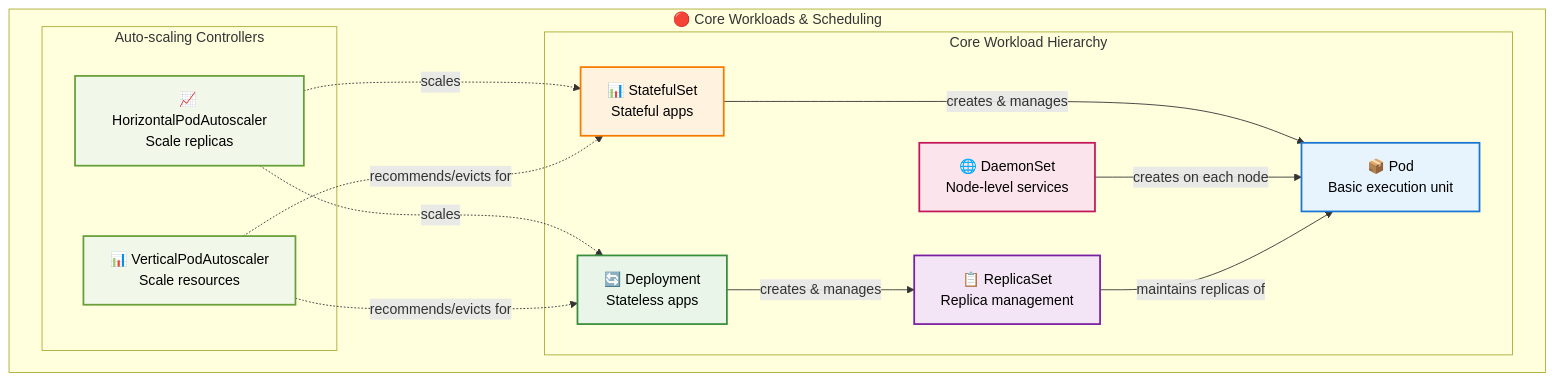
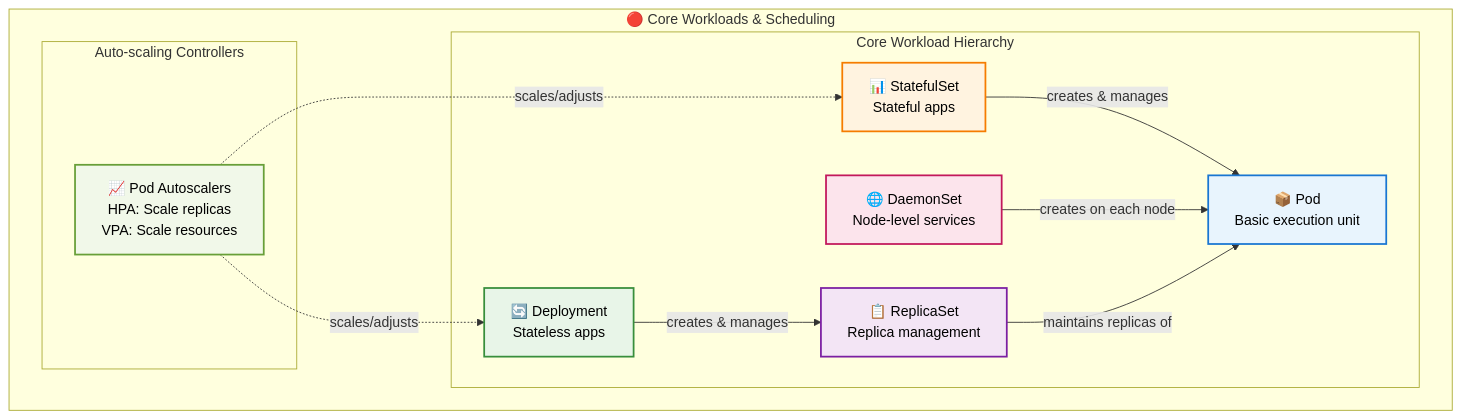
One commit to razkevich/system_design_course changed the first of 8 diagrams in 1.4_distributed_systems/kubernetes_developer_guide.md. Above: the diagram before and after it, drawn with Mermaid. The commit also changed other lines of this file, not shown here.

````diff
--- a/1.4_distributed_systems/kubernetes_developer_guide.md
+++ b/1.4_distributed_systems/kubernetes_developer_guide.md
@@ -9,37 +9,33 @@
 ```mermaid
 flowchart TD
     subgraph "🔴 Core Workloads & Scheduling"
         
         subgraph "Core Workload Hierarchy"
             Deployment["🔄 Deployment<br/>Stateless apps"]
             StatefulSet["📊 StatefulSet<br/>Stateful apps"]
             DaemonSet["🌐 DaemonSet<br/>Node-level services"]
             
             ReplicaSet["📋 ReplicaSet<br/>Replica management"]
             Pod["📦 Pod<br/>Basic execution unit"]
             
             Deployment -->|"creates & manages"| ReplicaSet
             StatefulSet -->|"creates & manages"| Pod
             DaemonSet -->|"creates on each node"| Pod
             ReplicaSet -->|"maintains replicas of"| Pod
         end
         
         subgraph "Auto-scaling Controllers"
-            HPA["📈 HorizontalPodAutoscaler<br/>Scale replicas"]
-            VPA["📊 VerticalPodAutoscaler<br/>Scale resources"]
+            PodAutoscalers["📈 Pod Autoscalers<br/>HPA: Scale replicas<br/>VPA: Scale resources"]
             
-            HPA -.->|"scales"| Deployment
-            HPA -.->|"scales"| StatefulSet
-            VPA -.->|"recommends/evicts for"| Deployment
-            VPA -.->|"recommends/evicts for"| StatefulSet
+            PodAutoscalers -.->|"scales/adjusts"| Deployment
+            PodAutoscalers -.->|"scales/adjusts"| StatefulSet
         end
     end
     
     style Pod fill:#e8f4fd,stroke:#1976d2,stroke-width:2px,color:#000
     style ReplicaSet fill:#f3e5f5,stroke:#7b1fa2,stroke-width:2px,color:#000
     style Deployment fill:#e8f5e8,stroke:#388e3c,stroke-width:2px,color:#000
     style StatefulSet fill:#fff3e0,stroke:#f57c00,stroke-width:2px,color:#000
     style DaemonSet fill:#fce4ec,stroke:#c2185b,stroke-width:2px,color:#000
-    style HPA fill:#f1f8e9,stroke:#689f38,stroke-width:2px,color:#000
-    style VPA fill:#f1f8e9,stroke:#689f38,stroke-width:2px,color:#000
+    style PodAutoscalers fill:#f1f8e9,stroke:#689f38,stroke-width:2px,color:#000
 ```
````
